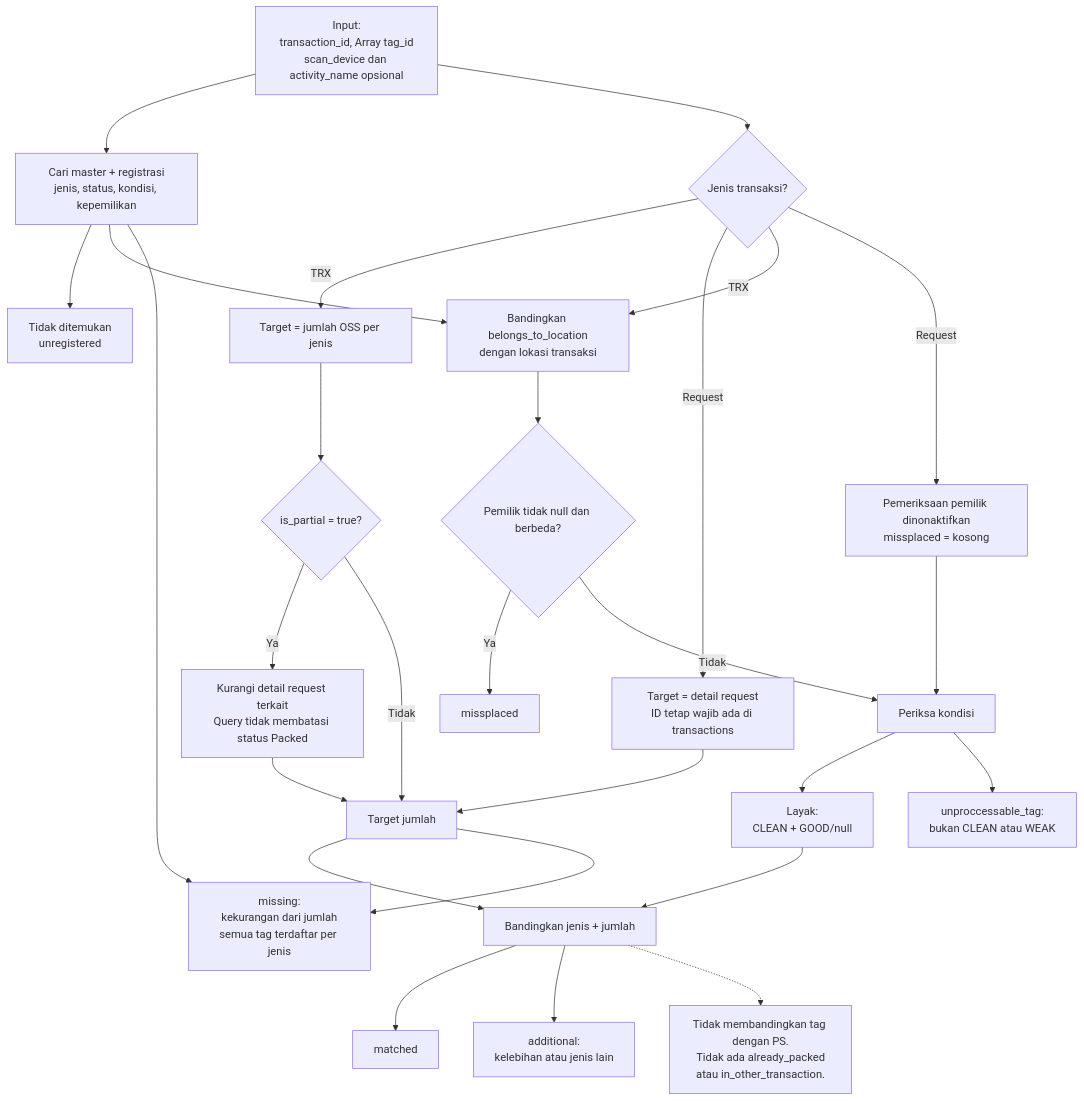
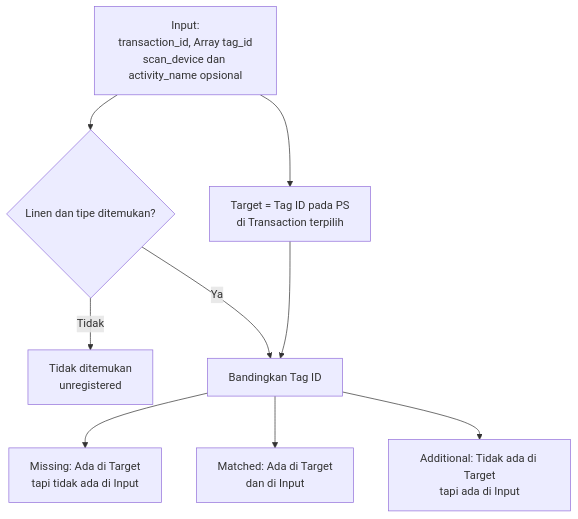
Before and after one commit to bagaskrmn/bac-flow-laundry: the second of 3 diagrams in laundry-activities/driver-pickup-clean.md, drawn with Mermaid. The commit also changed other lines of this file and 3 other files, not shown here.

````diff
--- a/laundry-activities/driver-pickup-clean.md
+++ b/laundry-activities/driver-pickup-clean.md
@@ -3,34 +11,15 @@
 ```mermaid
 flowchart TD
     N_IN["Input:<br/>transaction_id, Array tag_id<br/>scan_device dan activity_name opsional"]
-    N_IN --> N_MASTER["Cari master + registrasi<br/>jenis, status, kondisi, kepemilikan"]
-    N_MASTER --> N_UNREG["Tidak ditemukan<br/>unregistered"]
+    N_IN --> N_MASTER{"Linen dan tipe ditemukan?"}
+    N_MASTER -->|Tidak| N_UNREG["Tidak ditemukan<br/>unregistered"]
 
-    N_IN --> N_MODE{"Jenis transaksi?"}
-    N_MODE -->|TRX| N_OSS["Target = jumlah OSS per jenis"]
-    N_OSS --> N_PART{"is_partial = true?"}
-    N_PART -->|Ya| N_SUB["Kurangi detail request terkait<br/>Query tidak membatasi status Packed"]
-    N_PART -->|Tidak| N_TARGET["Target jumlah"]
-    N_SUB --> N_TARGET
-    N_MODE -->|Request| N_REQ["Target = detail request<br/>ID tetap wajib ada di transactions"]
-    N_REQ --> N_TARGET
+    N_IN --> N_OSS["Target = Tag ID pada PS<br/>di Transaction terpilih"]
+    N_MASTER -->|Ya| N_COMP["Bandingkan Tag ID"]
+    N_OSS --> N_COMP
 
-    N_MODE -->|TRX| N_OWNER["Bandingkan belongs_to_location<br/>dengan lokasi transaksi"]
-    N_MODE -->|Request| N_NOOWNER["Pemeriksaan pemilik dinonaktifkan<br/>missplaced = kosong"]
-    N_MASTER --> N_OWNER
-    N_OWNER --> N_WRONG{"Pemilik tidak null dan berbeda?"}
-    N_WRONG -->|Ya| N_MIS["missplaced"]
-    N_WRONG -->|Tidak| N_COND["Periksa kondisi"]
-    N_NOOWNER --> N_COND
-    N_COND --> N_GOOD["Layak:<br/>CLEAN + GOOD/null"]
-    N_COND --> N_BAD["unproccessable_tag:<br/>bukan CLEAN atau WEAK"]
+    N_COMP -->N_MS["Missing: Ada di Target<br/>tapi tidak ada di Input"]
+    N_COMP -->N_MATCH["Matched: Ada di Target<br/>dan di Input"]
+    N_COMP -->N_ADD["Additional: Tidak ada di Target<br/>tapi ada di Input"]
 
-    N_GOOD --> N_COMP["Bandingkan jenis + jumlah"]
-    N_TARGET --> N_COMP
-    N_COMP --> N_MATCH["matched"]
-    N_COMP --> N_ADD["additional:<br/>kelebihan atau jenis lain"]
-    N_TARGET --> N_MISS["missing:<br/>kekurangan dari jumlah<br/>semua tag terdaftar per jenis"]
-    N_MASTER --> N_MISS
-
-    N_COMP -.-> N_NOTE["Tidak membandingkan tag dengan PS.<br/>Tidak ada already_packed<br/>atau in_other_transaction."]
 ```
````
